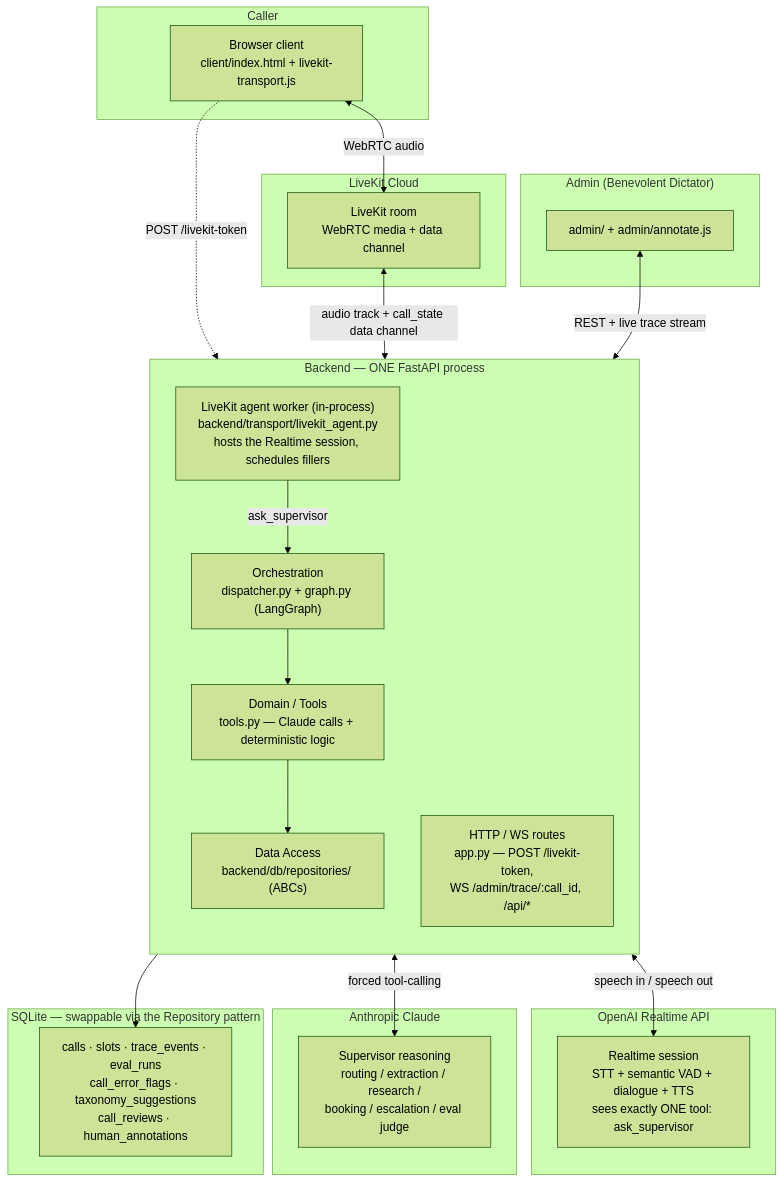
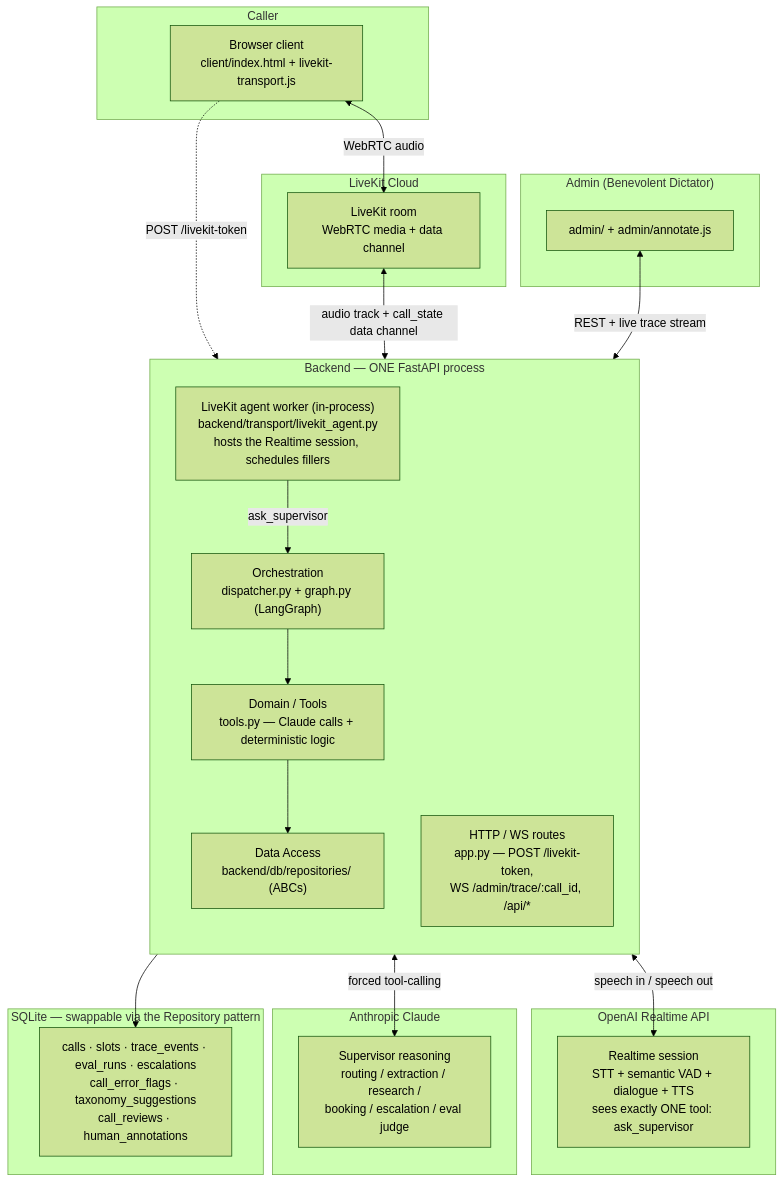
Before and after one commit to ManolisDia/Jupus: the first of 3 diagrams in docs/diagrams.md, drawn with Mermaid (forest theme). The commit also changed other lines of this file and 4 other files, not shown here.

First line of the commit message:
docs: record the escalation record and the additive schema bootstrap

````diff
--- a/docs/diagrams.md
+++ b/docs/diagrams.md
@@ -13,45 +13,45 @@
 ```mermaid
 flowchart TB
     subgraph Caller["Caller"]
         Mic["Browser client<br/>client/index.html + livekit-transport.js"]
     end
 
     subgraph LK["LiveKit Cloud"]
         Room["LiveKit room<br/>WebRTC media + data channel"]
     end
 
     subgraph Backend["Backend — ONE FastAPI process"]
         direction TB
         Worker["LiveKit agent worker (in-process)<br/>backend/transport/livekit_agent.py<br/>hosts the Realtime session, schedules fillers"]
         Routes["HTTP / WS routes<br/>app.py — POST /livekit-token,<br/>WS /admin/trace/:call_id, /api/*"]
         Orchestration["Orchestration<br/>dispatcher.py + graph.py (LangGraph)"]
         Domain["Domain / Tools<br/>tools.py — Claude calls + deterministic logic"]
         DataAccess["Data Access<br/>backend/db/repositories/ (ABCs)"]
         Worker -->|ask_supervisor| Orchestration
         Orchestration --> Domain --> DataAccess
     end
 
     subgraph Realtime["OpenAI Realtime API"]
         RT["Realtime session<br/>STT + semantic VAD + dialogue + TTS<br/>sees exactly ONE tool: ask_supervisor"]
     end
 
     subgraph Claude["Anthropic Claude"]
         LLM["Supervisor reasoning<br/>routing / extraction / research /<br/>booking / escalation / eval judge"]
     end
 
     subgraph Store["SQLite — swappable via the Repository pattern"]
-        Tables["calls · slots · trace_events · eval_runs<br/>call_error_flags · taxonomy_suggestions<br/>call_reviews · human_annotations"]
+        Tables["calls · slots · trace_events · eval_runs · escalations<br/>call_error_flags · taxonomy_suggestions<br/>call_reviews · human_annotations"]
     end
 
     subgraph AdminSide["Admin (Benevolent Dictator)"]
         AdminUI["admin/ + admin/annotate.js"]
     end
 
     Mic <-->|WebRTC audio| Room
     Mic -.->|POST /livekit-token| Routes
     Room <-->|audio track + call_state data channel| Worker
     Worker <-->|speech in / speech out| RT
     Domain <-->|forced tool-calling| LLM
     DataAccess --> Tables
     AdminUI <-->|REST + live trace stream| Routes
 ```
````
